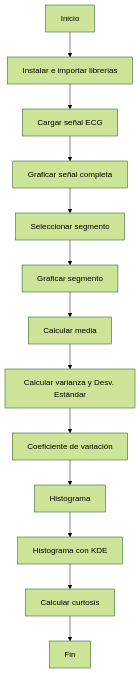
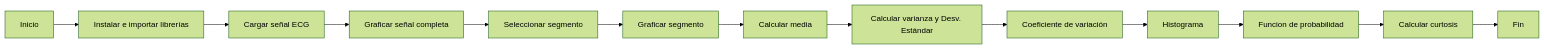
One commit to LauraDaniela09/Laboratorio-1--estadistica changed the diagram in README.md. Above: the diagram before and after it, drawn with Mermaid (forest theme).

````diff
--- a/README.md
+++ b/README.md
@@ -7,15 +7,15 @@
 ```mermaid
-flowchart TD
+flowchart LR
     A[Inicio] --> B[Instalar e importar librerías]
     B --> C[Cargar señal ECG]
     C --> D[Graficar señal completa]
     D --> E[Seleccionar segmento]
     E --> F[Graficar segmento]
     F --> G[Calcular media]
     G --> H[Calcular varianza y Desv. Estándar]
     H --> I[Coeficiente de variación]
     I --> J[Histograma]
-    J --> K[Histograma con KDE]
+    J --> K[Funcion de probabilidad]
     K --> L[Calcular curtosis]
     L --> M[Fin]
 ```
````
